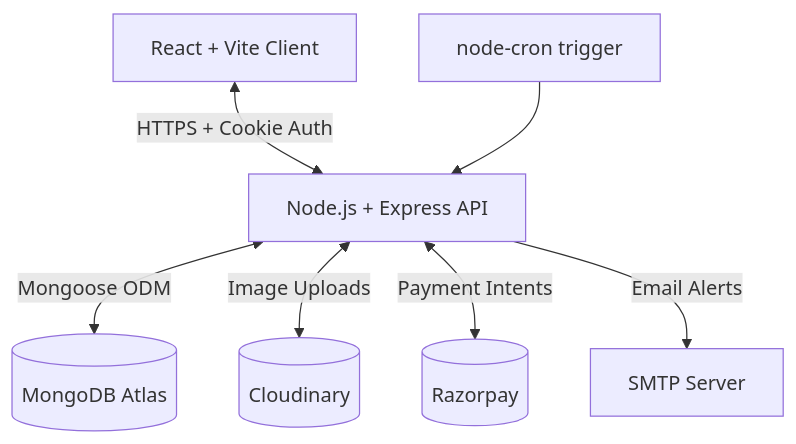
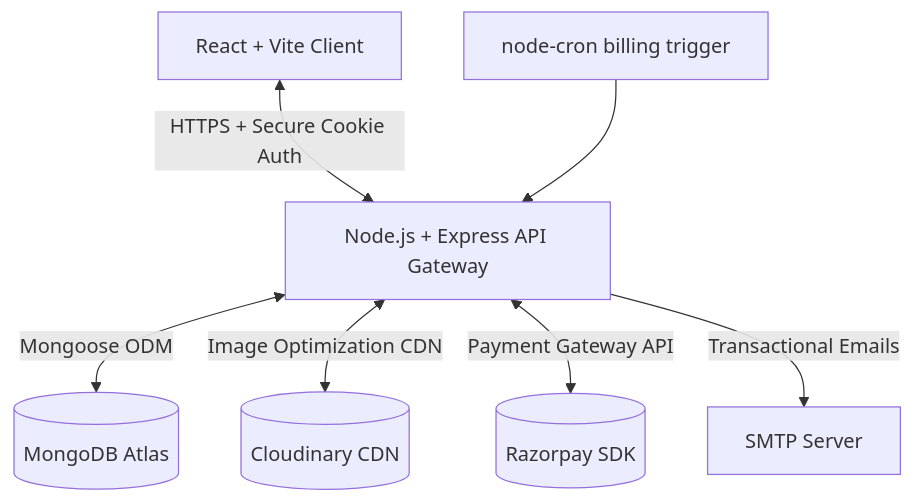
Before and after one commit to Akhila-1703/mealora-app: the diagram in README.md, drawn with Mermaid. The commit also changed other lines of this file, not shown here.

````diff
--- a/README.md
+++ b/README.md
@@ -66,11 +79,11 @@
 ```mermaid
 flowchart TD
-    Client[React + Vite Client] <-->|HTTPS + Cookie Auth| API[Node.js + Express API]
+    Client[React + Vite Client] <-->|HTTPS + Secure Cookie Auth| API[Node.js + Express API Gateway]
     
     API <-->|Mongoose ODM| DB[(MongoDB Atlas)]
-    API <-->|Image Uploads| Cloudinary[(Cloudinary)]
-    API <-->|Payment Intents| Razorpay[(Razorpay)]
+    API <-->|Image Optimization CDN| Cloudinary[(Cloudinary CDN)]
+    API <-->|Payment Gateway API| Razorpay[(Razorpay SDK)]
     
-    cron[node-cron trigger] --> API
-    API -->|Email Alerts| Email[SMTP Server]
+    cron[node-cron billing trigger] --> API
+    API -->|Transactional Emails| Email[SMTP Server]
 ```
````
